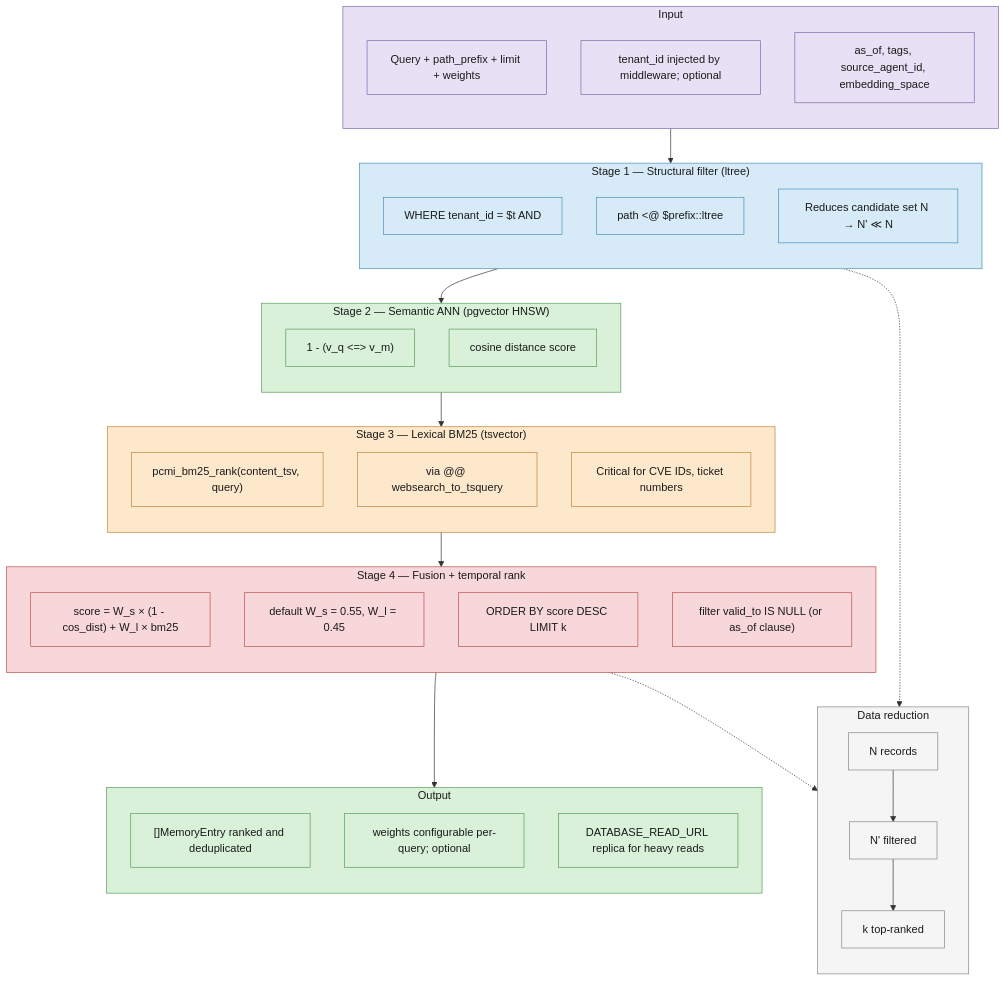
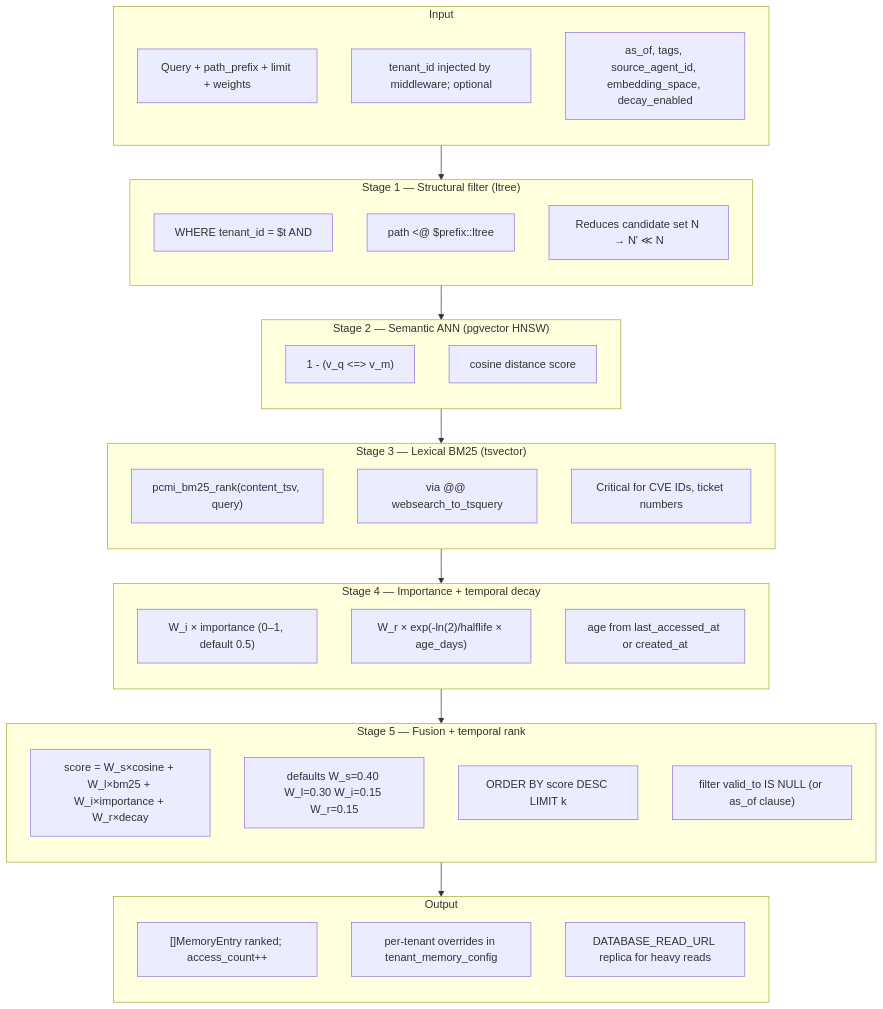
One commit to marco-spagn/pcmi changed the diagram in docs/retrieval-pipeline.md. Above: the diagram before and after it, drawn with Mermaid. The commit also changed other lines of this file and 36 other files, not shown here.

First line of the commit message:
[PCMI-009] feat: memory importance scoring and temporal decay (v1.42.0) CI_start

````diff
--- a/docs/retrieval-pipeline.md
+++ b/docs/retrieval-pipeline.md
@@ -7,79 +7,58 @@
 ```mermaid
 flowchart TB
   subgraph INPUT["Input"]
     direction TB
     I1["Query + path_prefix + limit + weights"]
     I2["tenant_id injected by middleware; optional"]
-    I3["as_of, tags, source_agent_id, embedding_space"]
+    I3["as_of, tags, source_agent_id, embedding_space, decay_enabled"]
   end
 
   subgraph S1["Stage 1 — Structural filter (ltree)"]
     direction TB
     S1A["WHERE tenant_id = $t AND"]
     S1B["path &lt;@ $prefix::ltree"]
     S1C["Reduces candidate set N → N' ≪ N"]
   end
 
   subgraph S2["Stage 2 — Semantic ANN (pgvector HNSW)"]
     direction TB
     S2A["1 - (v_q &lt;=&gt; v_m)"]
     S2B["cosine distance score"]
   end
 
   subgraph S3["Stage 3 — Lexical BM25 (tsvector)"]
     direction TB
     S3A["pcmi_bm25_rank(content_tsv, query)"]
     S3B["via @@ websearch_to_tsquery"]
     S3C["Critical for CVE IDs, ticket numbers"]
   end
 
-  subgraph S4["Stage 4 — Fusion + temporal rank"]
+  subgraph S4["Stage 4 — Importance + temporal decay"]
     direction TB
-    S4A["score = W_s × (1 - cos_dist) + W_l × bm25"]
-    S4B["default W_s = 0.55, W_l = 0.45"]
-    S4C["ORDER BY score DESC LIMIT k"]
-    S4D["filter valid_to IS NULL (or as_of clause)"]
+    S4I["W_i × importance (0–1, default 0.5)"]
+    S4R["W_r × exp(-ln(2)/halflife × age_days)"]
+    S4D["age from last_accessed_at or created_at"]
+  end
+
+  subgraph S5["Stage 5 — Fusion + temporal rank"]
+    direction TB
+    S5A["score = W_s×cosine + W_l×bm25 + W_i×importance + W_r×decay"]
+    S5B["defaults W_s=0.40 W_l=0.30 W_i=0.15 W_r=0.15"]
+    S5C["ORDER BY score DESC LIMIT k"]
+    S5D["filter valid_to IS NULL (or as_of clause)"]
   end
 
   subgraph OUTPUT["Output"]
     direction TB
-    O1["[]MemoryEntry ranked and deduplicated"]
-    O2["weights configurable per-query; optional"]
+    O1["[]MemoryEntry ranked; access_count++"]
+    O2["per-tenant overrides in tenant_memory_config"]
     O3["DATABASE_READ_URL replica for heavy reads"]
-  end
-
-  subgraph REDUCTION["Data reduction"]
-    direction TB
-    R1["N records"]
-    R2["N' filtered"]
-    R3["k top-ranked"]
   end
 
   INPUT --> S1
   S1 --> S2
   S2 --> S3
   S3 --> S4
-  S4 --> OUTPUT
-
-  R1 --> R2
-  R2 --> R3
-
-  S1 -.-> R2
-  S4 -.-> R3
-
-  classDef input fill:#e8e0f4,stroke:#7c6aad,color:#1a1a1a
-  classDef stage1 fill:#d6ebf7,stroke:#4a90b8,color:#1a1a1a
-  classDef stage2 fill:#d9f0d9,stroke:#5a9e5a,color:#1a1a1a
-  classDef stage3 fill:#fde8cc,stroke:#c4843a,color:#1a1a1a
-  classDef stage4 fill:#f8d7da,stroke:#b85450,color:#1a1a1a
-  classDef output fill:#d9f0d9,stroke:#5a9e5a,color:#1a1a1a
-  classDef reduction fill:#f5f5f5,stroke:#888888,color:#1a1a1a
-
-  class INPUT,I1,I2,I3 input
-  class S1,S1A,S1B,S1C stage1
-  class S2,S2A,S2B stage2
-  class S3,S3A,S3B,S3C stage3
-  class S4,S4A,S4B,S4C,S4D stage4
-  class OUTPUT,O1,O2,O3 output
-  class REDUCTION,R1,R2,R3 reduction
+  S4 --> S5
+  S5 --> OUTPUT
 ```
````
